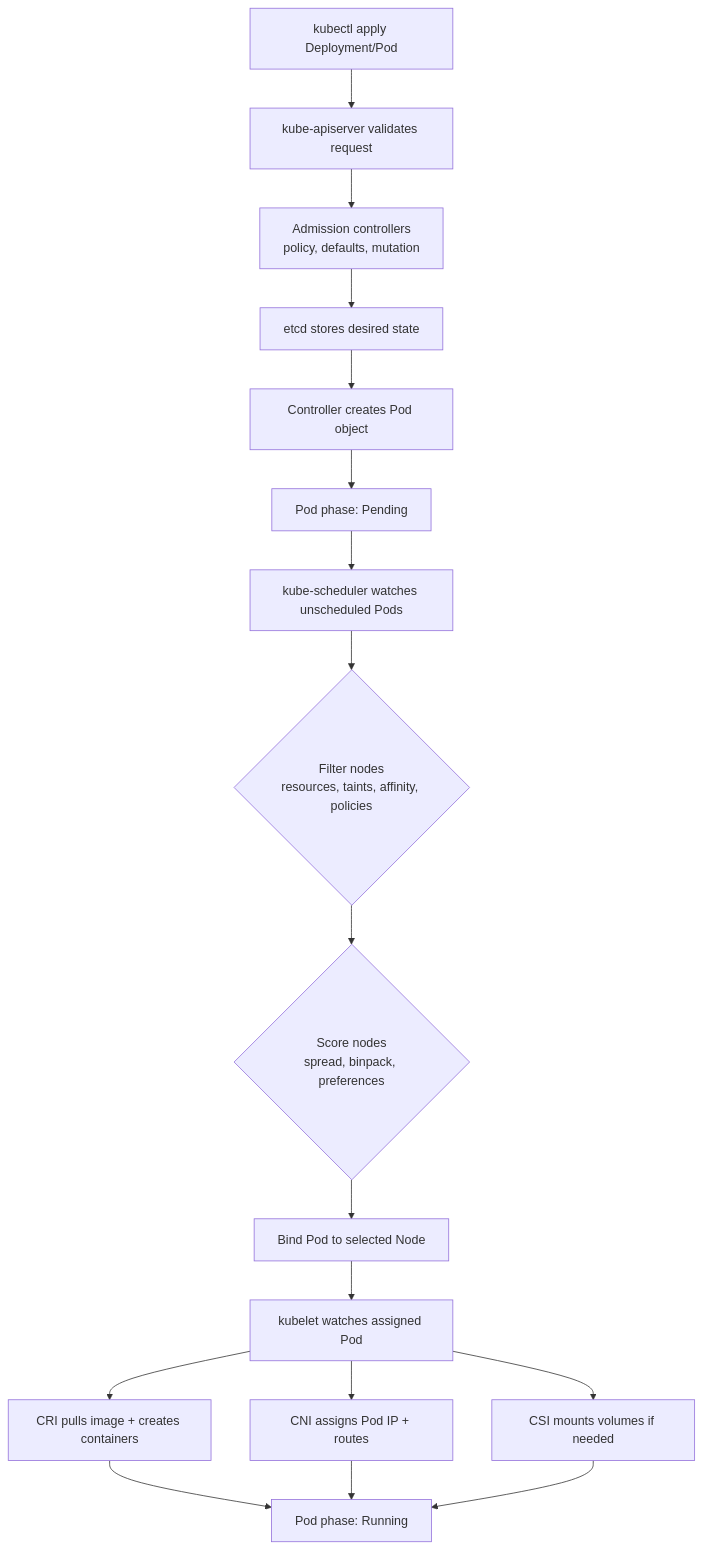
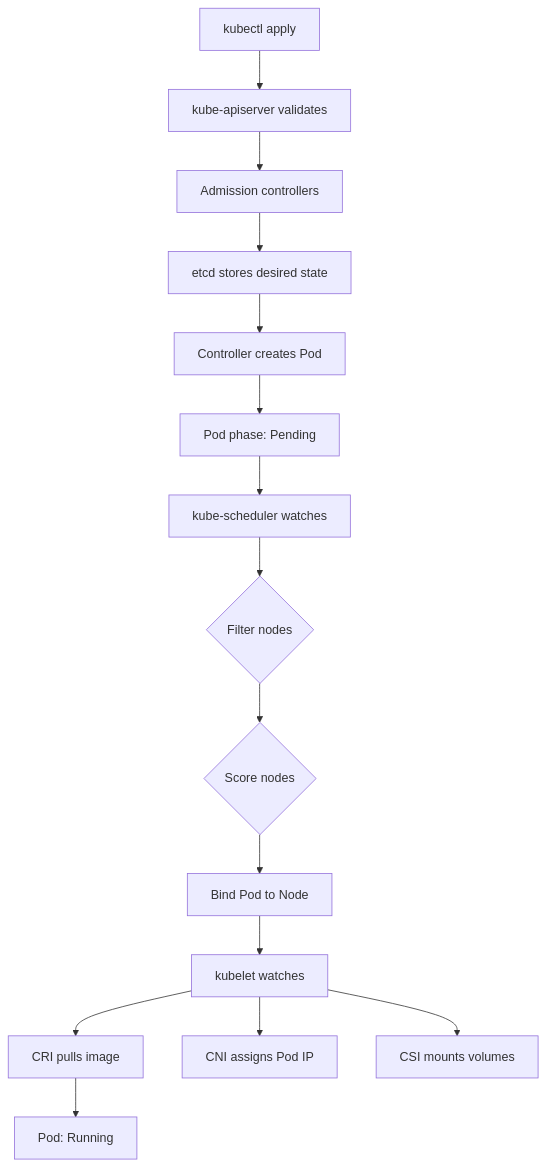
One commit to rgb-vgx/Open-Knowledge changed the fourth of 5 diagrams in DevOps/Docker K8s/Section 01 Getting Started/012. Kubernetes Architecture Deep Dive.md. Above: the diagram before and after it, drawn with Mermaid. The commit also changed other lines of this file and 7 other files, not shown here.

````diff
--- a/DevOps/Docker K8s/Section 01 Getting Started/012. Kubernetes Architecture Deep Dive.md
+++ b/DevOps/Docker K8s/Section 01 Getting Started/012. Kubernetes Architecture Deep Dive.md
@@ -128,19 +112,17 @@
 ```mermaid
 flowchart TD
-    A[kubectl apply Deployment/Pod] --> B[kube-apiserver validates request]
-    B --> C[Admission controllers<br/>policy, defaults, mutation]
+    A[kubectl apply] --> B[kube-apiserver validates]
+    B --> C[Admission controllers]
     C --> D[etcd stores desired state]
-    D --> E[Controller creates Pod object]
+    D --> E[Controller creates Pod]
     E --> F[Pod phase: Pending]
-    F --> G[kube-scheduler watches unscheduled Pods]
-    G --> H{Filter nodes<br/>resources, taints, affinity, policies}
-    H --> I{Score nodes<br/>spread, binpack, preferences}
-    I --> J[Bind Pod to selected Node]
-    J --> K[kubelet watches assigned Pod]
-    K --> L[CRI pulls image + creates containers]
-    K --> M[CNI assigns Pod IP + routes]
-    K --> N[CSI mounts volumes if needed]
-    L --> O[Pod phase: Running]
-    M --> O
-    N --> O
+    F --> G[kube-scheduler watches]
+    G --> H{Filter nodes}
+    H --> I{Score nodes}
+    I --> J[Bind Pod to Node]
+    J --> K[kubelet watches]
+    K --> L[CRI pulls image]
+    K --> M[CNI assigns Pod IP]
+    K --> N[CSI mounts volumes]
+    L --> O[Pod: Running]
 ```
````
